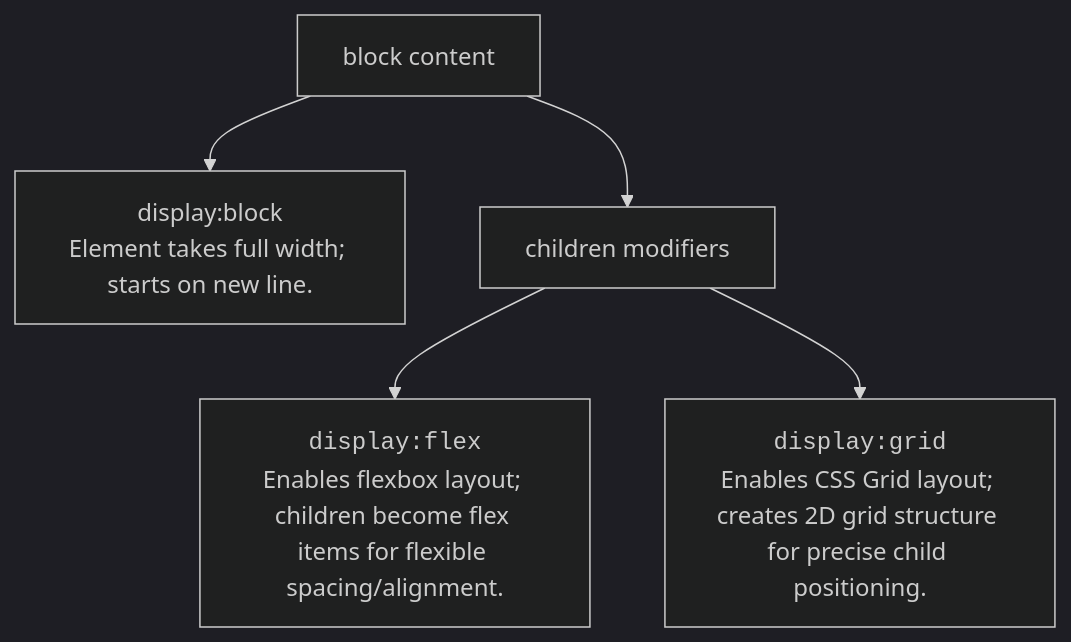
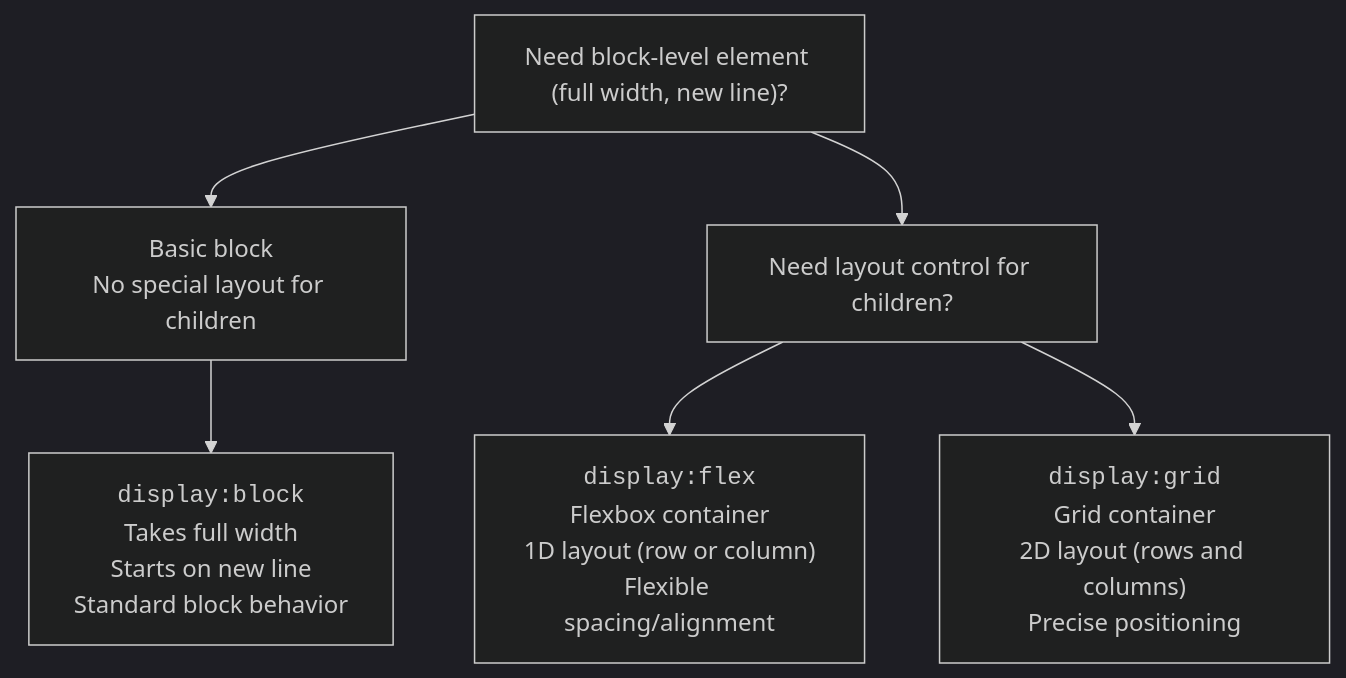
Before and after one commit to MaxwellCohen/cheat-sheets: the fifth of 5 diagrams in css/dispay.md, drawn with Mermaid (dark theme). The commit also changed other lines of this file, not shown here.

First line of the commit message:
Enhance CSS display properties documentation with detailed explanations and examples

````diff
--- a/css/dispay.md
+++ b/css/dispay.md
@@ -83,17 +81,14 @@
 ```mermaid
 graph TB;
-
-     C["` block content`"]
-        
-    C --> C1["` display:block
-    Element takes full width; starts on new line.
-    `"]
-    C --> C2["` children modifiers`"]
-    C2 --> C21["` <code>display:flex</code>
-    Enables flexbox layout; children become flex items for flexible spacing/alignment.
-    `"]
-    C2 --> C22["` <code>display:grid</code>
-    Enables CSS Grid layout; creates 2D grid structure for precise child positioning.
-    `"]
-
+    C["` Need block-level element (full width, new line)?`"]
+    C1["` Basic block<br/>No special layout for children`"]
+    C2["` Need layout control for children?`"]
+    C11["` <code>display:block</code><br/>Takes full width<br/>Starts on new line<br/>Standard block behavior`"]
+    C21["` <code>display:flex</code><br/>Flexbox container<br/>1D layout (row or column)<br/>Flexible spacing/alignment`"]
+    C22["` <code>display:grid</code><br/>Grid container<br/>2D layout (rows and columns)<br/>Precise positioning`"]
+    C --> C1
+    C --> C2
+    C1 --> C11
+    C2 --> C21
+    C2 --> C22
 ```
````
